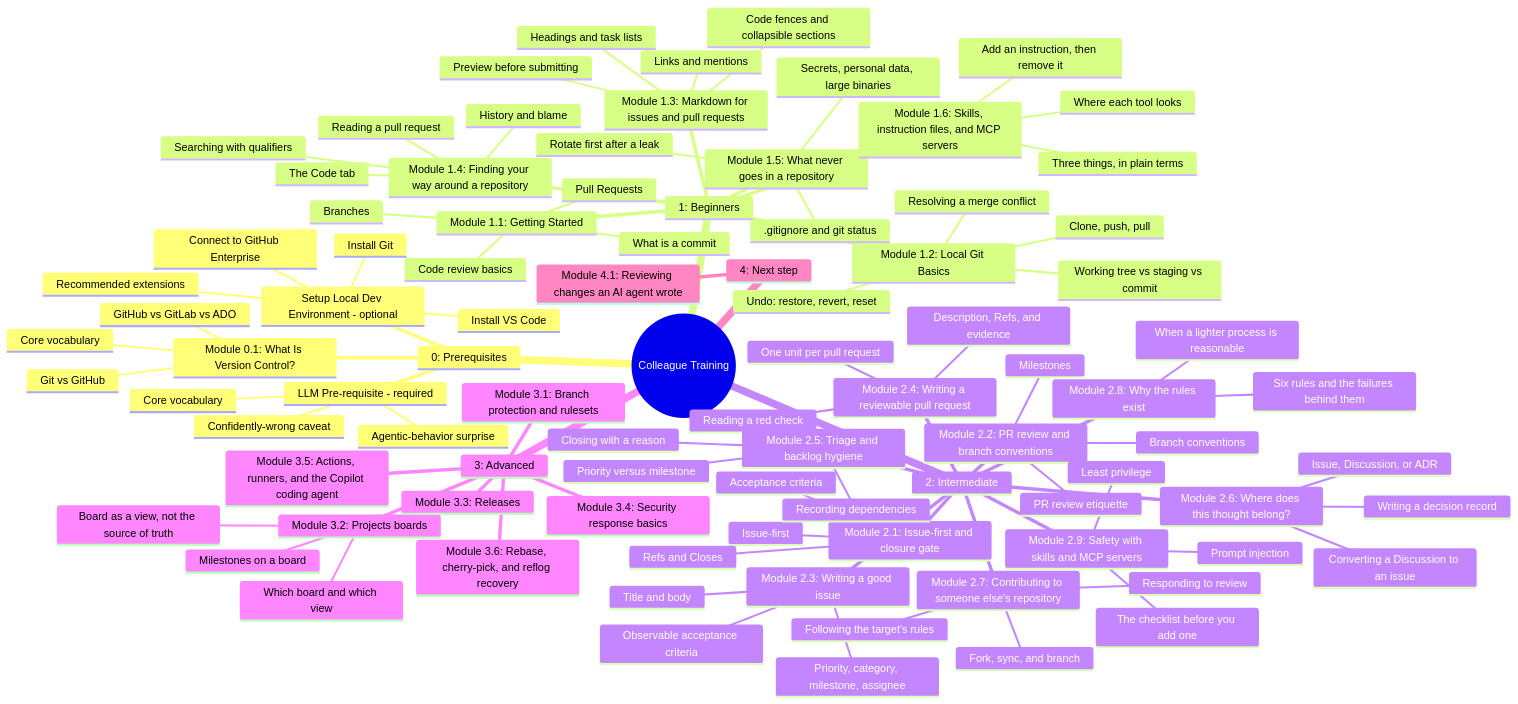
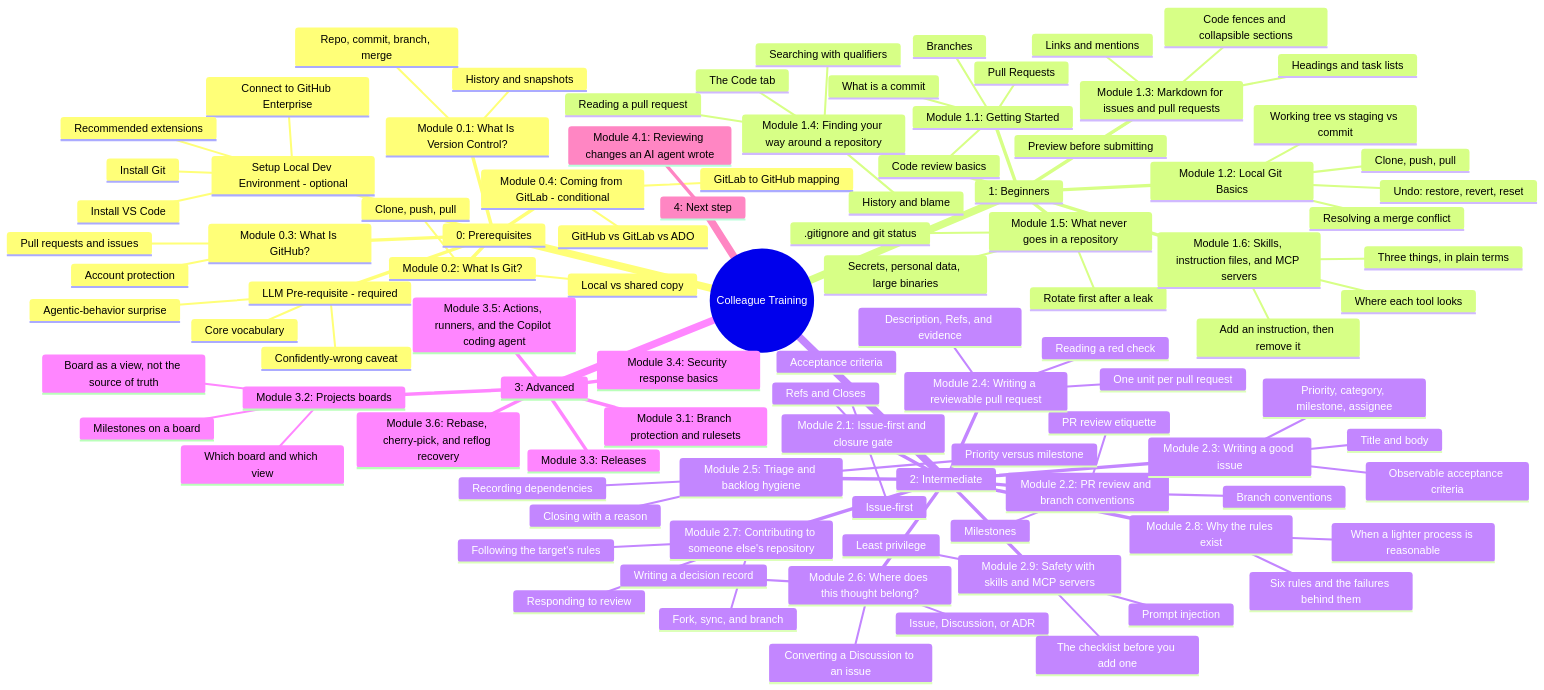
Before and after one commit to JeanKadang/DOC-GitHub-Practice-Skills: the second of 2 diagrams in education/README.md, drawn with Mermaid. The commit also changed other lines of this file and 10 other files, not shown here.

First line of the commit message:
docs(education): split Module 0.1 into Modules 0.1 to 0.4, with a GitLab page

```diff
--- a/education/README.md
+++ b/education/README.md
@@ -129,8 +133,16 @@
   root((Colleague Training))
     0: Prerequisites
       Module 0.1: What Is Version Control?
-        Git vs GitHub
-        Core vocabulary
+        History and snapshots
+        Repo, commit, branch, merge
+      Module 0.2: What Is Git?
+        Local vs shared copy
+        Clone, push, pull
+      Module 0.3: What Is GitHub?
+        Account protection
+        Pull requests and issues
+      Module 0.4: Coming from GitLab - conditional
+        GitLab to GitHub mapping
         GitHub vs GitLab vs ADO
       LLM Pre-requisite - required
         Core vocabulary
```
